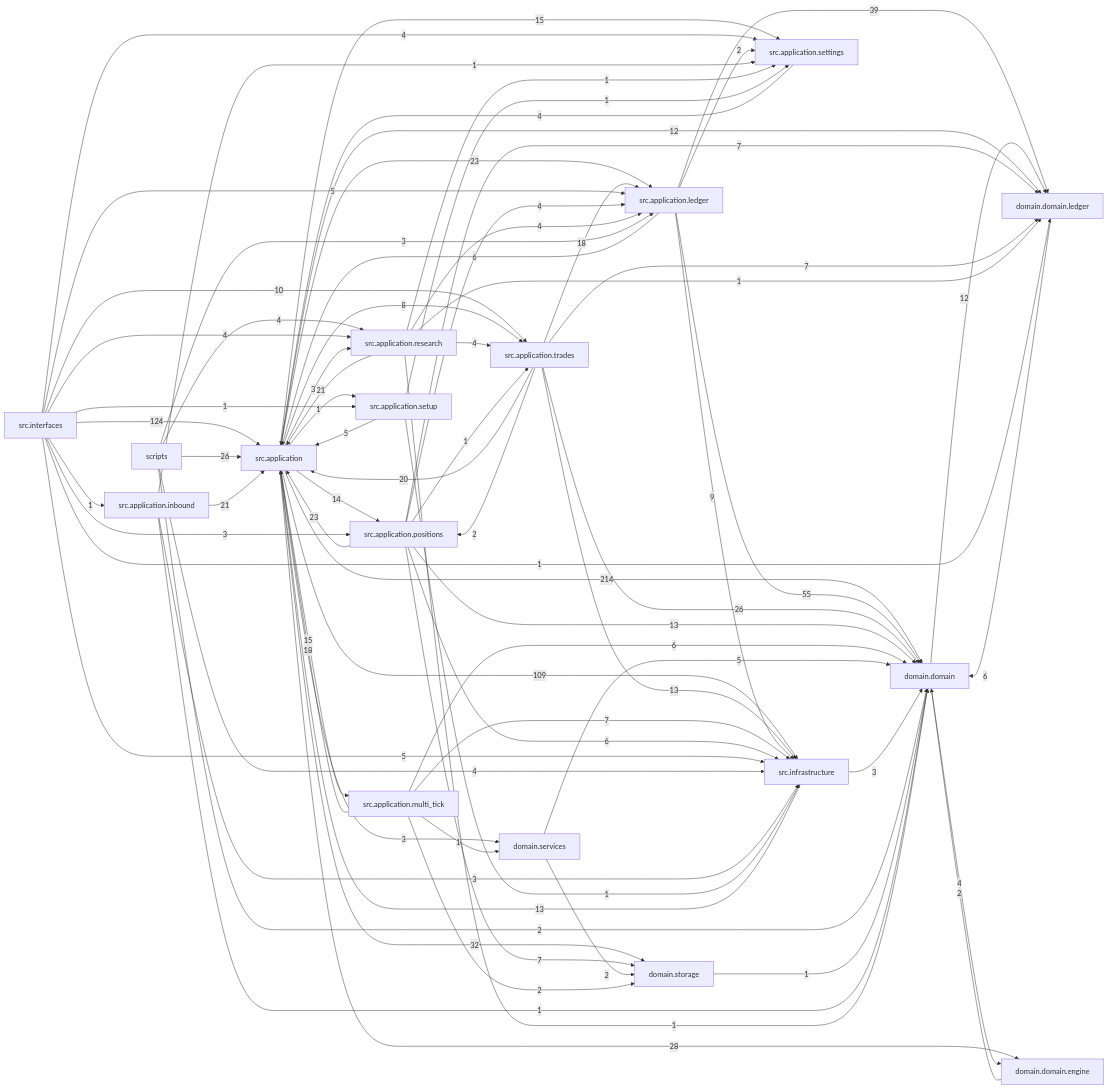
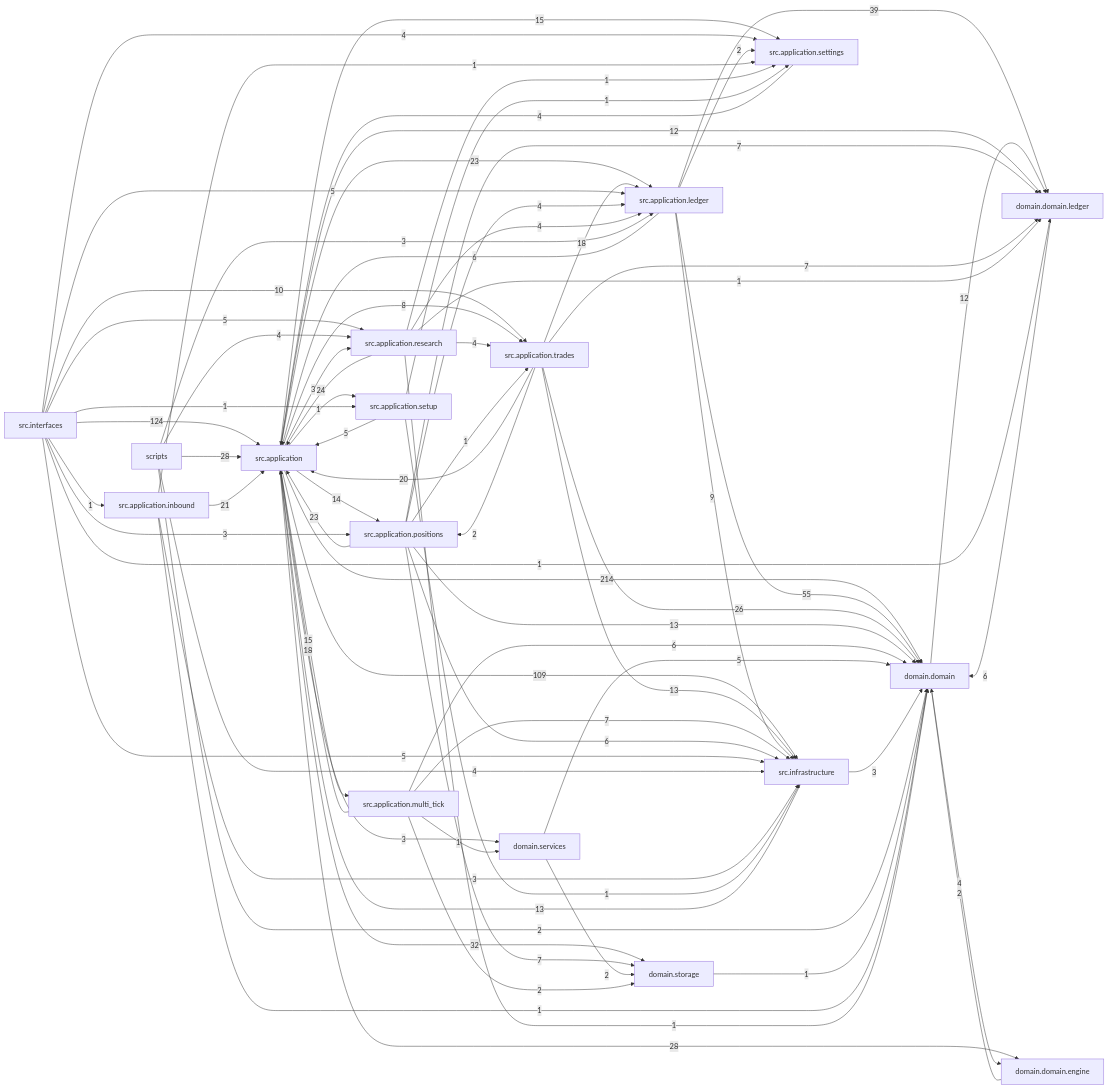
The diagram in docs/dependency_graph.mmd (liuxie066/options-monitor), drawn with Mermaid before and after one commit. The commit also changed 30 other files, not shown here.

```diff
--- a/docs/dependency_graph.mmd
+++ b/docs/dependency_graph.mmd
@@ -1,75 +1,75 @@
 flowchart LR
   src_application["src.application"] -->|214| domain_domain["domain.domain"]
   src_interfaces["src.interfaces"] -->|124| src_application["src.application"]
   src_application["src.application"] -->|109| src_infrastructure["src.infrastructure"]
   src_application_ledger["src.application.ledger"] -->|55| domain_domain["domain.domain"]
   src_application_ledger["src.application.ledger"] -->|39| domain_domain_ledger["domain.domain.ledger"]
   src_application["src.application"] -->|32| domain_storage["domain.storage"]
+  scripts["scripts"] -->|28| src_application["src.application"]
   src_application["src.application"] -->|28| domain_domain_engine["domain.domain.engine"]
-  scripts["scripts"] -->|26| src_application["src.application"]
   src_application_trades["src.application.trades"] -->|26| domain_domain["domain.domain"]
+  src_application_research["src.application.research"] -->|24| src_application["src.application"]
   src_application["src.application"] -->|23| src_application_ledger["src.application.ledger"]
   src_application_positions["src.application.positions"] -->|23| src_application["src.application"]
   src_application_inbound["src.application.inbound"] -->|21| src_application["src.application"]
-  src_application_research["src.application.research"] -->|21| src_application["src.application"]
   src_application_trades["src.application.trades"] -->|20| src_application["src.application"]
   src_application_multi_tick["src.application.multi_tick"] -->|18| src_application["src.application"]
   src_application_trades["src.application.trades"] -->|18| src_application_ledger["src.application.ledger"]
   src_application["src.application"] -->|15| src_application_multi_tick["src.application.multi_tick"]
   src_application["src.application"] -->|15| src_application_settings["src.application.settings"]
   src_application["src.application"] -->|14| src_application_positions["src.application.positions"]
   src_application_positions["src.application.positions"] -->|13| domain_domain["domain.domain"]
   src_application_trades["src.application.trades"] -->|13| src_infrastructure["src.infrastructure"]
   src_infrastructure["src.infrastructure"] -->|13| src_application["src.application"]
   domain_domain["domain.domain"] -->|12| domain_domain_ledger["domain.domain.ledger"]
   src_application["src.application"] -->|12| domain_domain_ledger["domain.domain.ledger"]
   src_interfaces["src.interfaces"] -->|10| src_application_trades["src.application.trades"]
   src_application_ledger["src.application.ledger"] -->|9| src_infrastructure["src.infrastructure"]
   src_application["src.application"] -->|8| src_application_trades["src.application.trades"]
   src_application_multi_tick["src.application.multi_tick"] -->|7| src_infrastructure["src.infrastructure"]
   src_application_positions["src.application.positions"] -->|7| domain_domain_ledger["domain.domain.ledger"]
   src_application_positions["src.application.positions"] -->|7| domain_storage["domain.storage"]
   src_application_trades["src.application.trades"] -->|7| domain_domain_ledger["domain.domain.ledger"]
   domain_domain_ledger["domain.domain.ledger"] -->|6| domain_domain["domain.domain"]
   src_application_ledger["src.application.ledger"] -->|6| src_application["src.application"]
   src_application_multi_tick["src.application.multi_tick"] -->|6| domain_domain["domain.domain"]
   src_application_positions["src.application.positions"] -->|6| src_infrastructure["src.infrastructure"]
   domain_services["domain.services"] -->|5| domain_domain["domain.domain"]
   src_application_setup["src.application.setup"] -->|5| src_application["src.application"]
   src_interfaces["src.interfaces"] -->|5| src_application_ledger["src.application.ledger"]
+  src_interfaces["src.interfaces"] -->|5| src_application_research["src.application.research"]
   src_interfaces["src.interfaces"] -->|5| src_infrastructure["src.infrastructure"]
   domain_domain["domain.domain"] -->|4| domain_domain_engine["domain.domain.engine"]
   scripts["scripts"] -->|4| src_application_research["src.application.research"]
   scripts["scripts"] -->|4| src_infrastructure["src.infrastructure"]
   src_application_positions["src.application.positions"] -->|4| src_application_ledger["src.application.ledger"]
   src_application_research["src.application.research"] -->|4| src_application_ledger["src.application.ledger"]
   src_application_research["src.application.research"] -->|4| src_application_trades["src.application.trades"]
   src_application_settings["src.application.settings"] -->|4| src_application["src.application"]
-  src_interfaces["src.interfaces"] -->|4| src_application_research["src.application.research"]
   src_interfaces["src.interfaces"] -->|4| src_application_settings["src.application.settings"]
   scripts["scripts"] -->|3| src_application_ledger["src.application.ledger"]
   src_application["src.application"] -->|3| domain_services["domain.services"]
   src_application["src.application"] -->|3| src_application_research["src.application.research"]
   src_application_inbound["src.application.inbound"] -->|3| src_infrastructure["src.infrastructure"]
   src_infrastructure["src.infrastructure"] -->|3| domain_domain["domain.domain"]
   src_interfaces["src.interfaces"] -->|3| src_application_positions["src.application.positions"]
   domain_domain_engine["domain.domain.engine"] -->|2| domain_domain["domain.domain"]
   domain_services["domain.services"] -->|2| domain_storage["domain.storage"]
   scripts["scripts"] -->|2| domain_domain["domain.domain"]
   src_application_ledger["src.application.ledger"] -->|2| src_application_settings["src.application.settings"]
   src_application_multi_tick["src.application.multi_tick"] -->|2| domain_storage["domain.storage"]
   src_application_trades["src.application.trades"] -->|2| src_application_positions["src.application.positions"]
   domain_storage["domain.storage"] -->|1| domain_domain["domain.domain"]
   src_application["src.application"] -->|1| src_application_setup["src.application.setup"]
   src_application_inbound["src.application.inbound"] -->|1| domain_domain["domain.domain"]
   src_application_inbound["src.application.inbound"] -->|1| src_application_settings["src.application.settings"]
   src_application_multi_tick["src.application.multi_tick"] -->|1| domain_services["domain.services"]
   src_application_positions["src.application.positions"] -->|1| src_application_trades["src.application.trades"]
   src_application_research["src.application.research"] -->|1| domain_domain["domain.domain"]
   src_application_research["src.application.research"] -->|1| domain_domain_ledger["domain.domain.ledger"]
   src_application_research["src.application.research"] -->|1| src_application_settings["src.application.settings"]
   src_application_setup["src.application.setup"] -->|1| src_application_settings["src.application.settings"]
   src_application_setup["src.application.setup"] -->|1| src_infrastructure["src.infrastructure"]
   src_interfaces["src.interfaces"] -->|1| domain_domain_ledger["domain.domain.ledger"]
   src_interfaces["src.interfaces"] -->|1| src_application_inbound["src.application.inbound"]
   src_interfaces["src.interfaces"] -->|1| src_application_setup["src.application.setup"]
```
